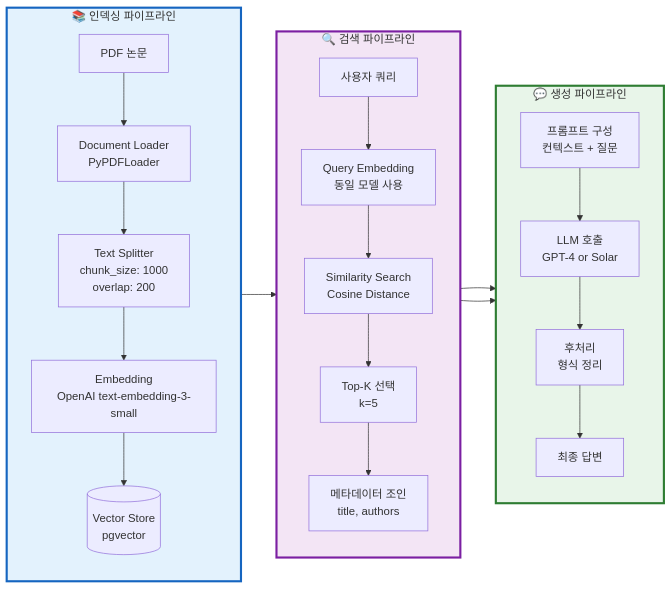
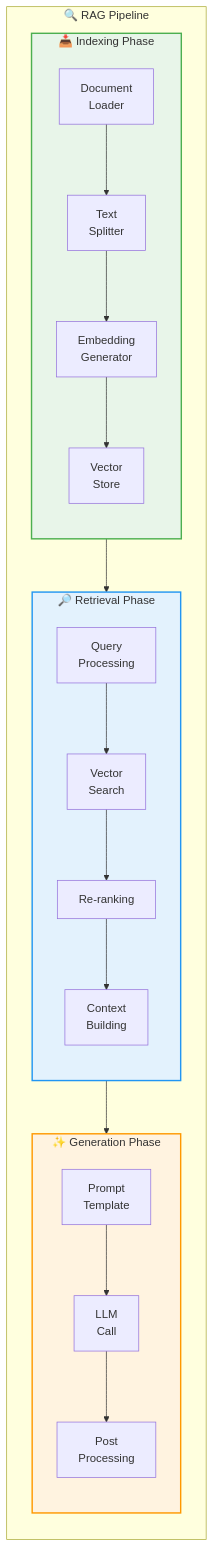
The seventh of 10 diagrams in docs/PPT/new/02_프로젝트_목표_및_설계.md (AIBootcamp14/langchainproject-new-langchainproject_5), drawn with Mermaid before and after one commit. The commit also changed other lines of this file, not shown here.

````diff
--- a/docs/PPT/new/02_프로젝트_목표_및_설계.md
+++ b/docs/PPT/new/02_프로젝트_목표_및_설계.md
@@ -413,51 +495,46 @@
 ```mermaid
 graph LR
-    subgraph Indexing["📚 인덱싱 파이프라인"]
-        direction TB
-        PDF[PDF 논문]
-        LOAD[Document Loader<br/>PyPDFLoader]
-        SPLIT[Text Splitter<br/>chunk_size: 1000<br/>overlap: 200]
-        EMB[Embedding<br/>OpenAI text-embedding-3-small]
-        STORE[(Vector Store<br/>pgvector)]
+    subgraph RAGPipeline["🔍 RAG Pipeline"]
+        subgraph Indexing["📥 Indexing Phase"]
+            direction TB
+            LOAD[Document<br/>Loader]
+            SPLIT[Text<br/>Splitter]
+            EMBED[Embedding<br/>Generator]
+            STORE[Vector<br/>Store]
 
-        PDF --> LOAD
-        LOAD --> SPLIT
-        SPLIT --> EMB
-        EMB --> STORE
+            LOAD --> SPLIT
+            SPLIT --> EMBED
+            EMBED --> STORE
+        end
+
+        subgraph Retrieval["🔎 Retrieval Phase"]
+            direction TB
+            QUERY[Query<br/>Processing]
+            SEARCH[Vector<br/>Search]
+            RERANK[Re-ranking]
+            CONTEXT[Context<br/>Building]
+
+            QUERY --> SEARCH
+            SEARCH --> RERANK
+            RERANK --> CONTEXT
+        end
+
+        subgraph Generation["✨ Generation Phase"]
+            direction TB
+            PROMPT[Prompt<br/>Template]
+            LLM[LLM<br/>Call]
+            POST[Post<br/>Processing]
+
+            PROMPT --> LLM
+            LLM --> POST
+        end
+
+        Indexing --> Retrieval
+        Retrieval --> Generation
     end
 
-    subgraph Retrieval["🔍 검색 파이프라인"]
-        direction TB
-        QUERY[사용자 쿼리]
-        QEMB[Query Embedding<br/>동일 모델 사용]
-        SIM[Similarity Search<br/>Cosine Distance]
-        TOP[Top-K 선택<br/>k=5]
-        META[메타데이터 조인<br/>title, authors]
-
-        QUERY --> QEMB
-        QEMB --> SIM
-        SIM --> TOP
-        TOP --> META
-    end
-
-    subgraph Generation["💬 생성 파이프라인"]
-        direction TB
-        PROMPT[프롬프트 구성<br/>컨텍스트 + 질문]
-        LLM_CALL[LLM 호출<br/>GPT-4 or Solar]
-        POST[후처리<br/>형식 정리]
-        ANSWER[최종 답변]
-
-        META --> PROMPT
-        PROMPT --> LLM_CALL
-        LLM_CALL --> POST
-        POST --> ANSWER
-    end
-
-    Indexing --> Retrieval
-    Retrieval --> Generation
-
     %% 스타일링
-    style Indexing fill:#e3f2fd,stroke:#1565c0,stroke-width:3px
-    style Retrieval fill:#f3e5f5,stroke:#7b1fa2,stroke-width:3px
-    style Generation fill:#e8f5e9,stroke:#2e7d32,stroke-width:3px
+    style Indexing fill:#E8F5E9,stroke:#4CAF50,stroke-width:2px
+    style Retrieval fill:#E3F2FD,stroke:#2196F3,stroke-width:2px
+    style Generation fill:#FFF3E0,stroke:#FF9800,stroke-width:2px
 ```
````
